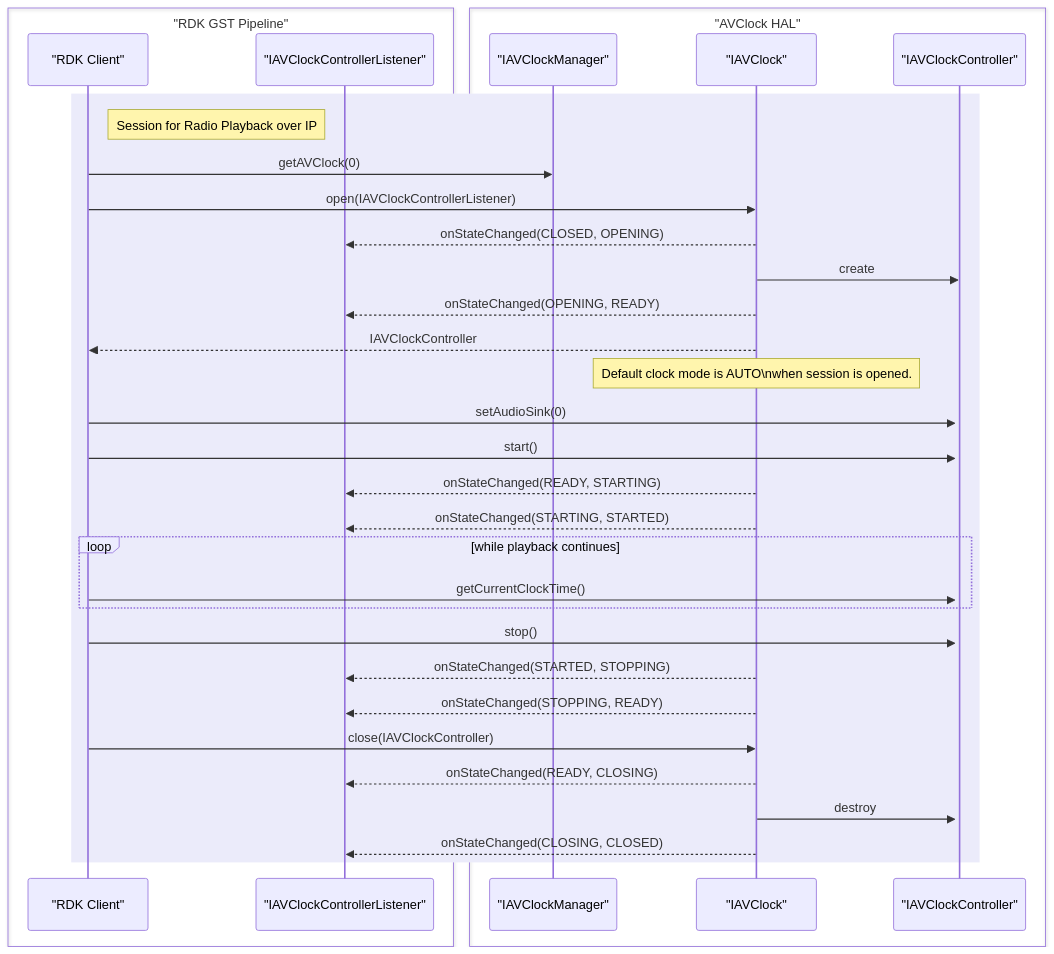
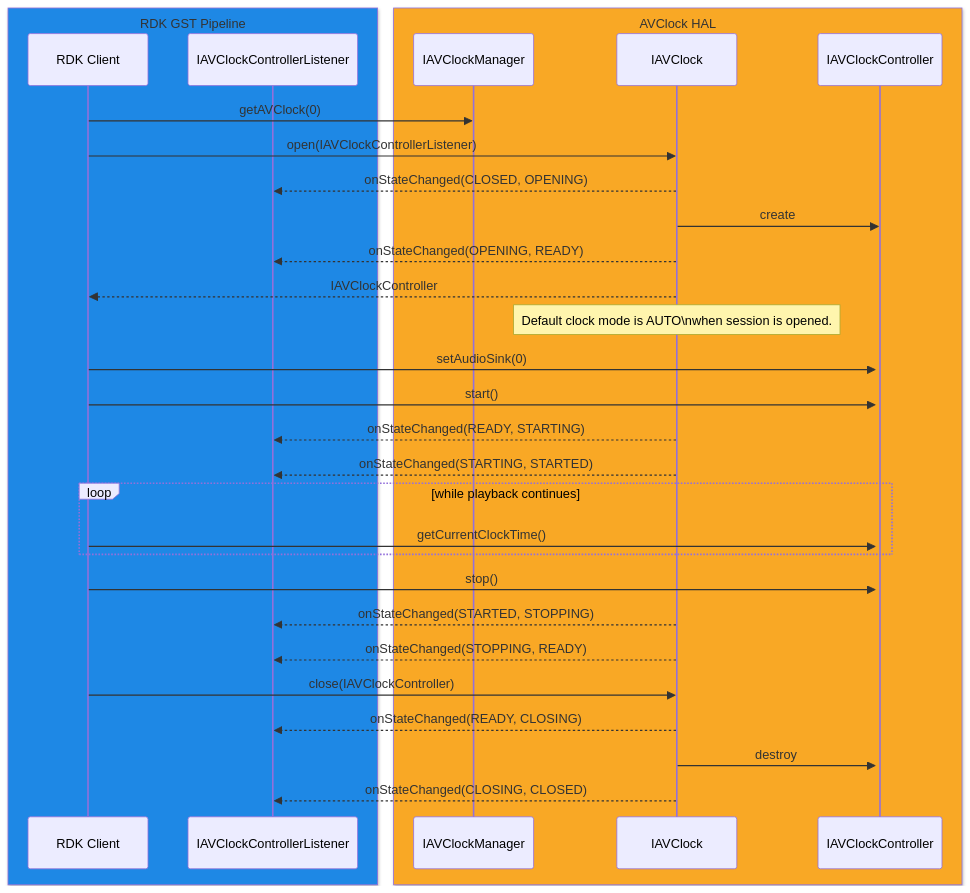
One commit to rdkcentral/rdk-halif-aidl changed the fifth of 8 diagrams in docs/halif/av_clock/current/av_clock.md. Above: the diagram before and after it, drawn with Mermaid. The commit also changed other lines of this file and 27 other files, not shown here.

Commit message:
updated #19 audio, video, service manager, av, clock

````diff
--- a/docs/halif/av_clock/current/av_clock.md
+++ b/docs/halif/av_clock/current/av_clock.md
@@ -304,38 +415,35 @@
 ```mermaid
 sequenceDiagram
-    box "RDK GST Pipeline"
-      participant Client as "RDK Client"
-      participant Listener as "IAVClockControllerListener"
+    box rgb(30,136,229) RDK GST Pipeline
+      participant Client as RDK Client
+      participant Listener as IAVClockControllerListener
     end
-    box "AVClock HAL" #lightgreen
-      participant CLKMAN as "IAVClockManager"
-      participant CLK as "IAVClock"
-      participant CTRL as "IAVClockController"
+    box rgb(249,168,37) AVClock HAL
+      participant CLKMAN as IAVClockManager
+      participant CLK as IAVClock
+      participant CTRL as IAVClockController
     end
 
-    rect rgb(235, 235, 250)
-    note right of Client: Session for Radio Playback over IP
-      Client->>CLKMAN: getAVClock(0)
-      Client->>CLK: open(IAVClockControllerListener)
-      CLK-->>Listener: onStateChanged(CLOSED, OPENING)
-      CLK->>CTRL: create
-      activate CTRL
-      CLK-->>Listener: onStateChanged(OPENING, READY)
-      CLK-->>Client: IAVClockController
-      note over CLK: Default clock mode is AUTO\nwhen session is opened.
-      Client->>CTRL: setAudioSink(0)
-      Client->>CTRL: start()
-      CLK-->>Listener: onStateChanged(READY, STARTING)
-      CLK-->>Listener: onStateChanged(STARTING, STARTED)
-      loop while playback continues
-        Client->>CTRL: getCurrentClockTime()
-      end
-      Client->>CTRL: stop()
-      CLK-->>Listener: onStateChanged(STARTED, STOPPING)
-      CLK-->>Listener: onStateChanged(STOPPING, READY)
-      Client->>CLK: close(IAVClockController)
-      CLK-->>Listener: onStateChanged(READY, CLOSING)
-      CLK->>CTRL: destroy
-      CLK-->>Listener: onStateChanged(CLOSING, CLOSED)
+    Client->>CLKMAN: getAVClock(0)
+    Client->>CLK: open(IAVClockControllerListener)
+    CLK-->>Listener: onStateChanged(CLOSED, OPENING)
+    CLK->>CTRL: create
+    activate CTRL
+    CLK-->>Listener: onStateChanged(OPENING, READY)
+    CLK-->>Client: IAVClockController
+    note over CLK: Default clock mode is AUTO\nwhen session is opened.
+    Client->>CTRL: setAudioSink(0)
+    Client->>CTRL: start()
+    CLK-->>Listener: onStateChanged(READY, STARTING)
+    CLK-->>Listener: onStateChanged(STARTING, STARTED)
+    loop while playback continues
+      Client->>CTRL: getCurrentClockTime()
     end
+    Client->>CTRL: stop()
+    CLK-->>Listener: onStateChanged(STARTED, STOPPING)
+    CLK-->>Listener: onStateChanged(STOPPING, READY)
+    Client->>CLK: close(IAVClockController)
+    CLK-->>Listener: onStateChanged(READY, CLOSING)
+    CLK->>CTRL: destroy
+    CLK-->>Listener: onStateChanged(CLOSING, CLOSED)
 ```
````
